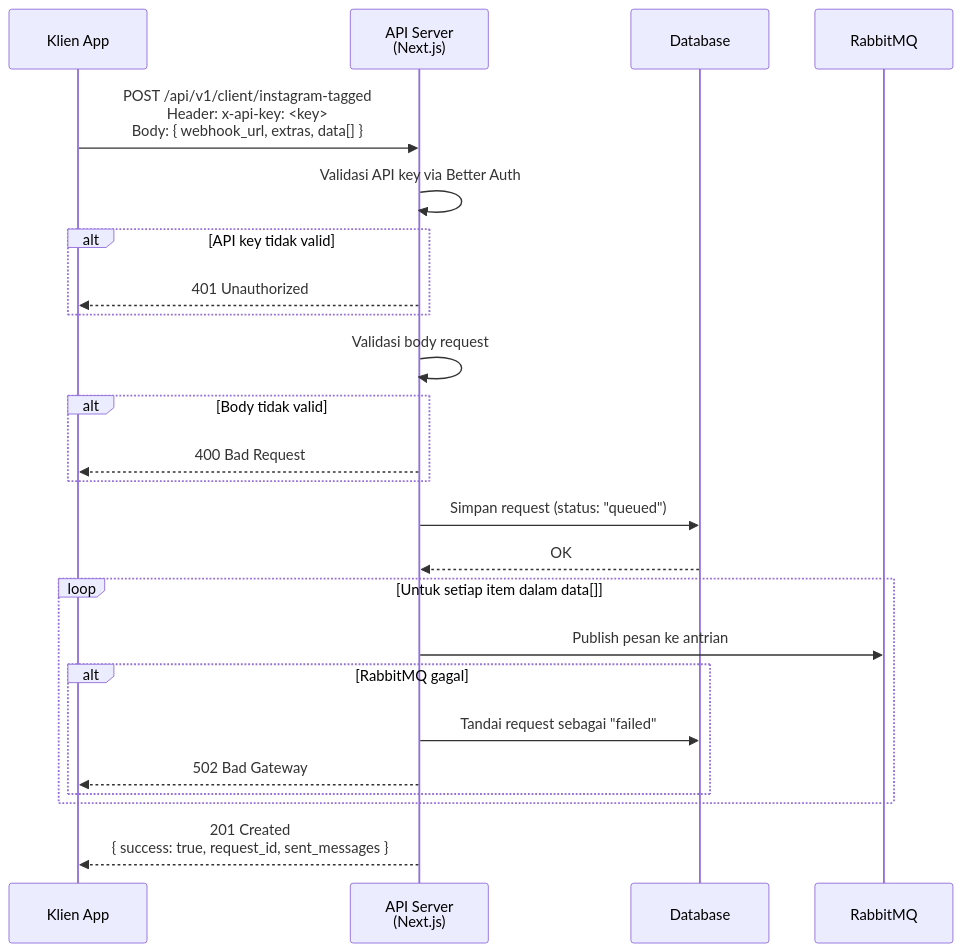
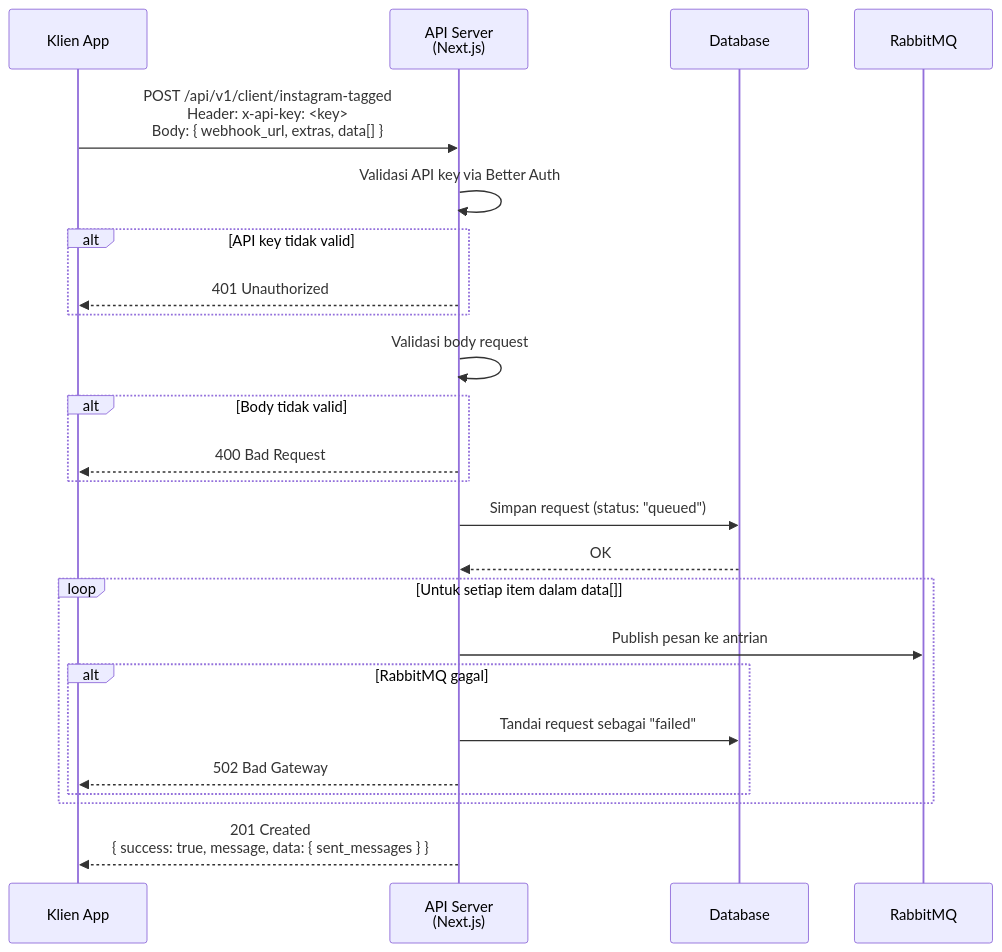
The first of 2 diagrams in docs/instagram-scraper-flow.md (AjiNugroho/scraper_next_fair), drawn with Mermaid before and after one commit. The commit also changed other lines of this file and 3 other files, not shown here.

````diff
--- a/docs/instagram-scraper-flow.md
+++ b/docs/instagram-scraper-flow.md
@@ -76,32 +76,32 @@
 ```mermaid
 sequenceDiagram
     participant C as Klien App
     participant API as API Server<br/>(Next.js)
     participant DB as Database
     participant MQ as RabbitMQ
 
     C->>API: POST /api/v1/client/instagram-tagged<br/>Header: x-api-key: <key><br/>Body: { webhook_url, extras, data[] }
 
     API->>API: Validasi API key via Better Auth
     alt API key tidak valid
         API-->>C: 401 Unauthorized
     end
 
     API->>API: Validasi body request
     alt Body tidak valid
         API-->>C: 400 Bad Request
     end
 
     API->>DB: Simpan request (status: "queued")
     DB-->>API: OK
 
     loop Untuk setiap item dalam data[]
         API->>MQ: Publish pesan ke antrian
         alt RabbitMQ gagal
             API->>DB: Tandai request sebagai "failed"
             API-->>C: 502 Bad Gateway
         end
     end
 
-    API-->>C: 201 Created<br/>{ success: true, request_id, sent_messages }
+    API-->>C: 201 Created<br/>{ success: true, message, data: { sent_messages } }
 ```
````
